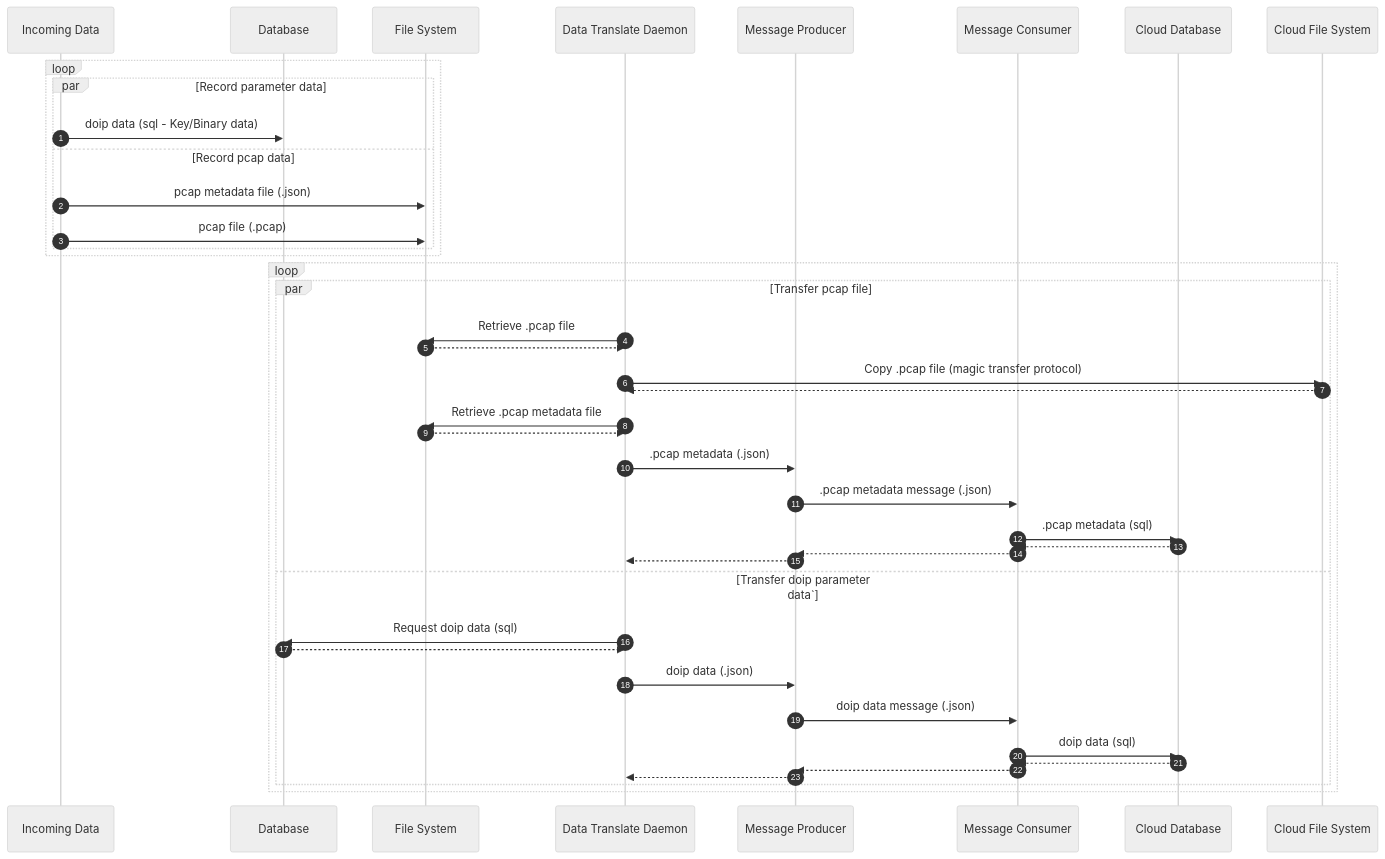
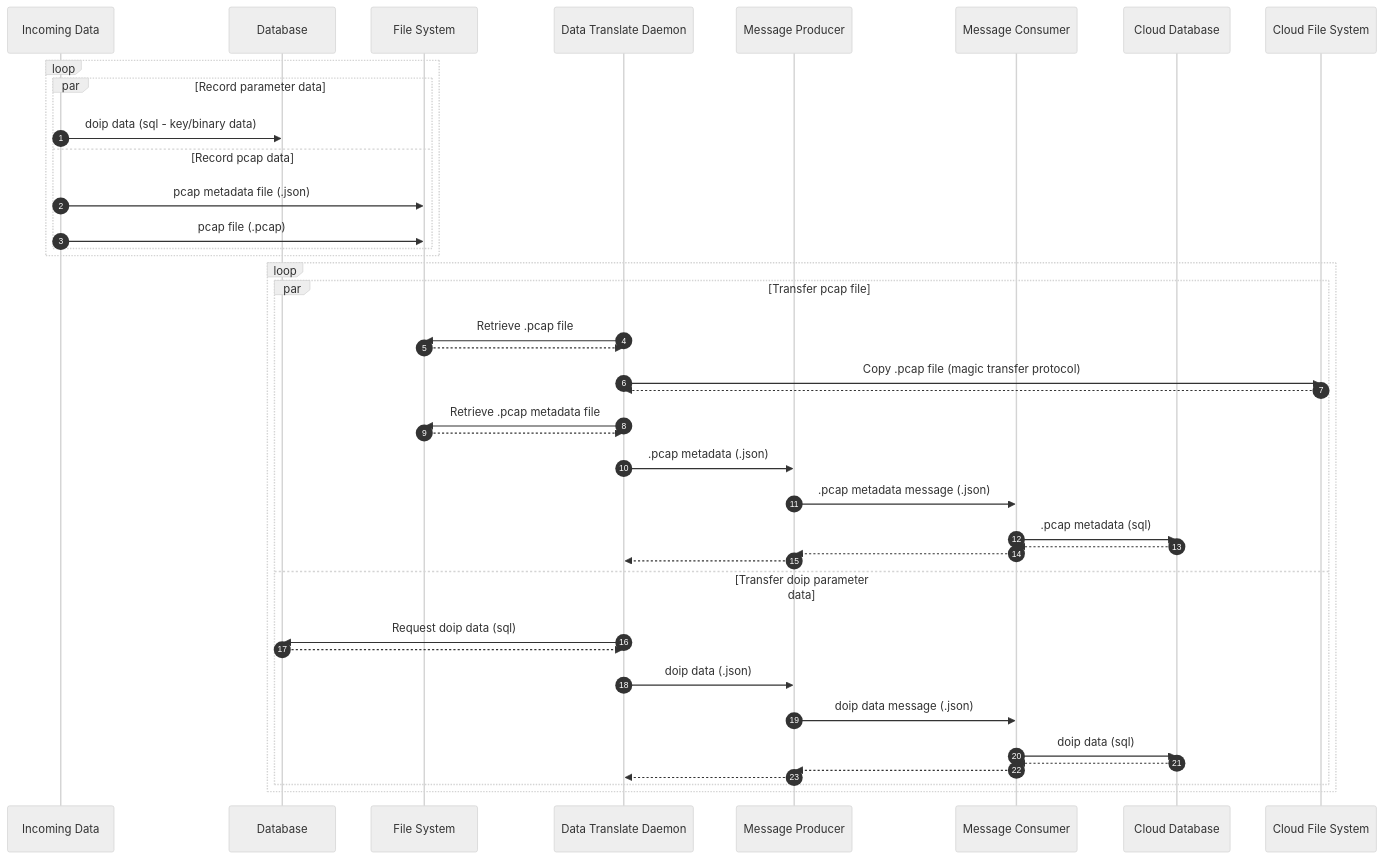
The second of 3 diagrams in docs/architecture/architecture.md (matthew-beisser/testing-automation-pipeline-3), drawn with Mermaid before and after one commit. The commit also changed other lines of this file, not shown here.

Commit message:
Updated docs (Data Collection) based upon feedback from Jeff

````diff
--- a/docs/architecture/architecture.md
+++ b/docs/architecture/architecture.md
@@ -108,53 +106,53 @@
 ```mermaid
 %%{
     init: {'theme': 'neutral' }
 }%%
 
 sequenceDiagram
     autonumber
 
     Participant DS as Incoming Data
     Participant DB as Database
     Participant FS as File System
     Participant Daemon as Data Translate Daemon
     Participant Prod as Message Producer
     Participant Cons as Message Consumer
     Participant CloudDB as Cloud Database
     Participant CloudFS as Cloud File System
 
     loop
         par Record parameter data
-            DS->>DB: doip data (sql - Key/Binary data)
+            DS->>DB: doip data (sql - key/binary data)
         and Record pcap data
             DS->>FS: pcap metadata file (.json)
             DS->>FS: pcap file (.pcap)
         end
     end
 
     loop
         par Transfer pcap file
             Daemon->>FS: Retrieve .pcap file
             FS-->>Daemon: 
             Daemon->>CloudFS: Copy .pcap file (magic transfer protocol)
             CloudFS-->>Daemon: 
 
             Daemon->>FS: Retrieve .pcap metadata file
             FS-->>Daemon: 
             Daemon->>Prod: .pcap metadata (.json)
             Prod->>Cons: .pcap metadata message (.json)
             Cons->>CloudDB: .pcap metadata (sql)
             CloudDB-->>Cons: 
             Cons-->>Prod: 
             Prod-->>Daemon: 
-        and Transfer doip parameter data`
+        and Transfer doip parameter data
             Daemon->>DB: Request doip data (sql)
             DB-->>Daemon: 
             Daemon->>Prod: doip data (.json)
             Prod->>Cons: doip data message (.json)
             Cons->>CloudDB: doip data (sql)
             CloudDB-->>Cons: 
             Cons-->>Prod: 
             Prod-->>Daemon:             
         end
     end
 ```
````
